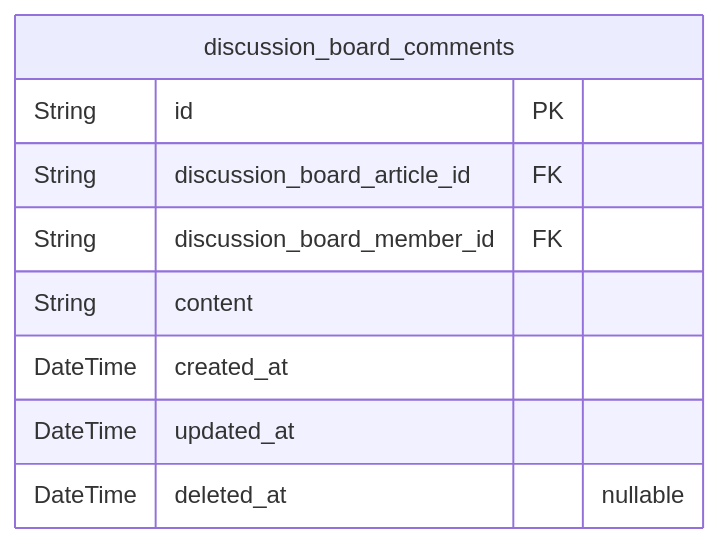
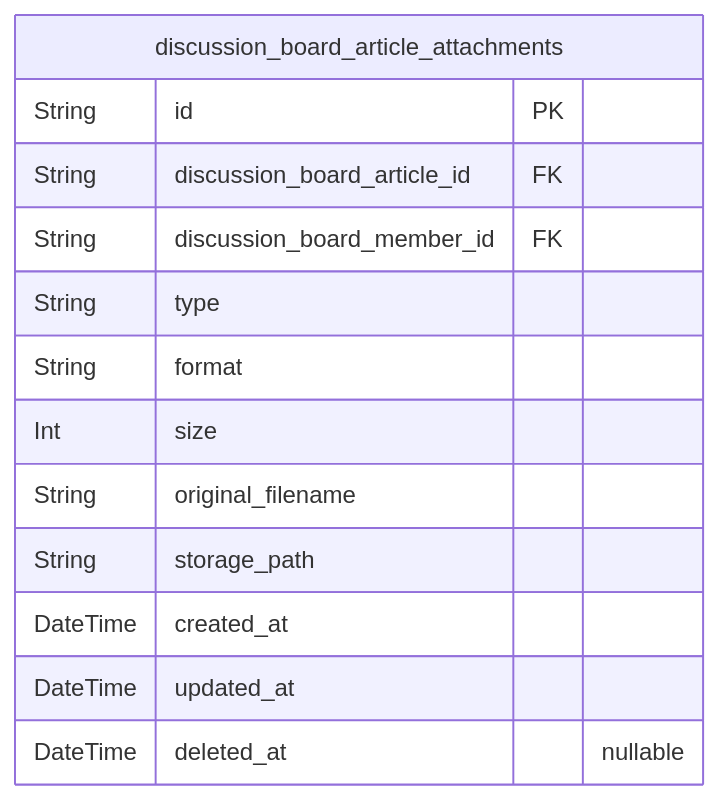
One commit to wrtnlabs/autobe-examples changed the third of 4 diagrams in anthropic/claude-sonnet-4.5/bbs/docs/ERD.md. Above: the diagram before and after it, drawn with Mermaid. The commit also changed other lines of this file and 3569 other files, not shown here.

````diff
--- a/anthropic/claude-sonnet-4.5/bbs/docs/ERD.md
+++ b/anthropic/claude-sonnet-4.5/bbs/docs/ERD.md
@@ -437,12 +626,16 @@
 ```mermaid
 erDiagram
-"discussion_board_comments" {
+"discussion_board_article_attachments" {
   String id PK
   String discussion_board_article_id FK
   String discussion_board_member_id FK
-  String content
+  String type
+  String format
+  Int size
+  String original_filename
+  String storage_path
   DateTime created_at
   DateTime updated_at
   DateTime deleted_at "nullable"
 }
 ```
````
